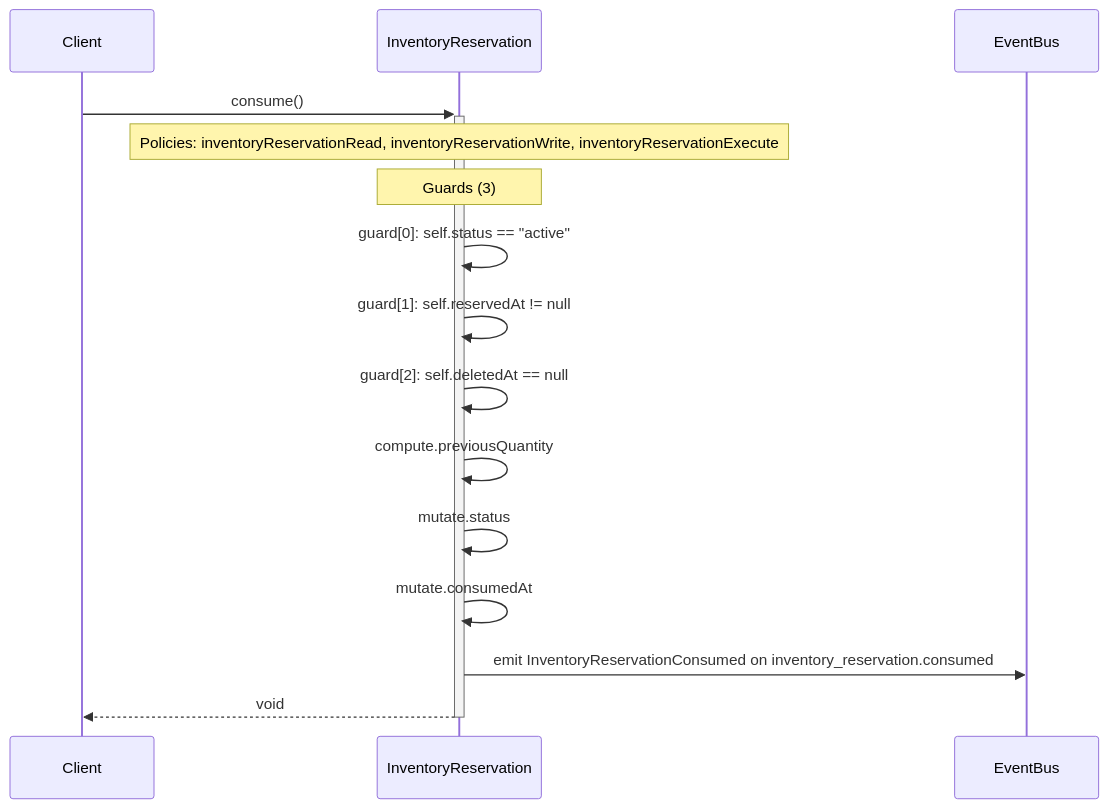
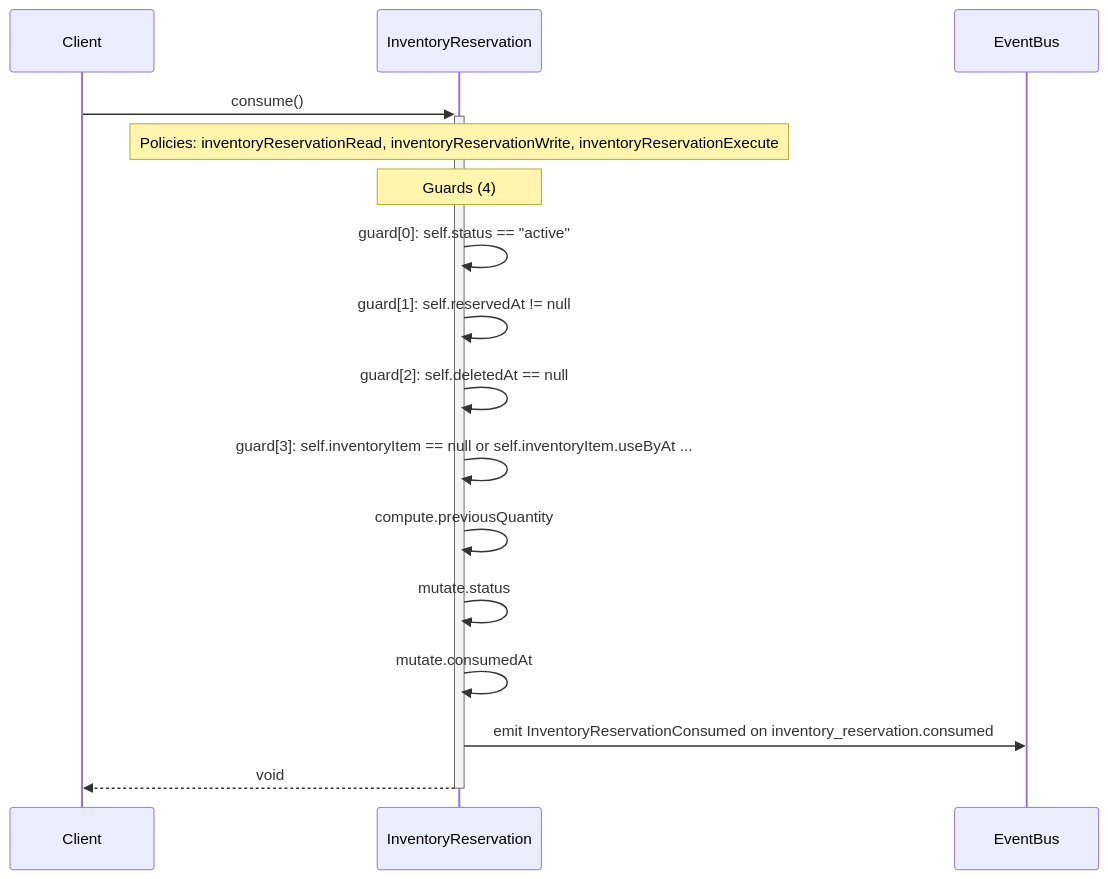
One commit to Angriff36/capsule changed the diagram in diagrams/sequence-InventoryReservation-consume.mmd. Above: the diagram before and after it, drawn with Mermaid. The commit also changed 690 other files, not shown here.

```diff
--- a/diagrams/sequence-InventoryReservation-consume.mmd
+++ b/diagrams/sequence-InventoryReservation-consume.mmd
@@ -1,15 +1,16 @@
 sequenceDiagram
     participant Client
     participant InventoryReservation as InventoryReservation
     participant EventBus
     Client->>+InventoryReservation: consume()
     Note over InventoryReservation: Policies: inventoryReservationRead, inventoryReservationWrite, inventoryReservationExecute
-    Note over InventoryReservation: Guards (3)
+    Note over InventoryReservation: Guards (4)
     InventoryReservation->>InventoryReservation: guard[0]: self.status == #quot;active#quot;
     InventoryReservation->>InventoryReservation: guard[1]: self.reservedAt != null
     InventoryReservation->>InventoryReservation: guard[2]: self.deletedAt == null
+    InventoryReservation->>InventoryReservation: guard[3]: self.inventoryItem == null or self.inventoryItem.useByAt ...
     InventoryReservation->>InventoryReservation: compute.previousQuantity
     InventoryReservation->>InventoryReservation: mutate.status
     InventoryReservation->>InventoryReservation: mutate.consumedAt
     InventoryReservation->>EventBus: emit InventoryReservationConsumed on inventory_reservation.consumed
     InventoryReservation-->>-Client: void
```
